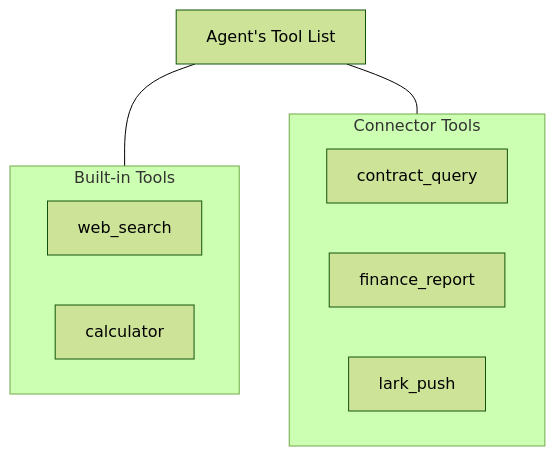
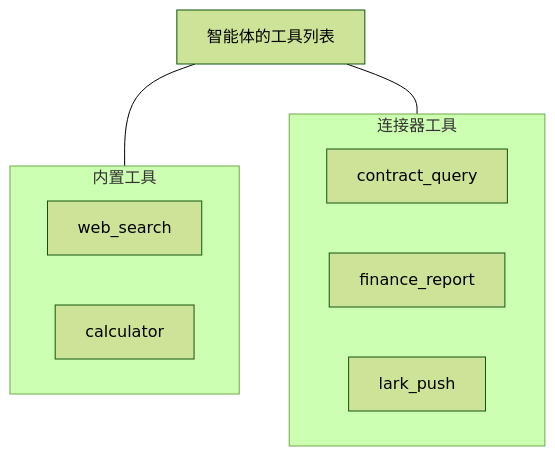
The fourth of 5 diagrams in docs/zh/architecture/connector-architecture.mdx (lucky20160622/fim-one), drawn with Mermaid (forest theme) before and after one commit. The commit also changed other lines of this file and 141 other files, not shown here.

````diff
--- a/docs/zh/architecture/connector-architecture.mdx
+++ b/docs/zh/architecture/connector-architecture.mdx
@@ -128,18 +144,18 @@
 ```mermaid
 flowchart TB
-    Agent["Agent's Tool List"]
+    Agent["智能体的工具列表"]
 
-    subgraph BuiltIn["Built-in Tools"]
+    subgraph BuiltIn["内置工具"]
         T1["web_search"]
         T2["calculator"]
     end
 
-    subgraph Connector["Connector Tools"]
+    subgraph Connector["连接器工具"]
         T3["contract_query"]
         T4["finance_report"]
         T5["lark_push"]
     end
 
     Agent --- BuiltIn
     Agent --- Connector
 ```
````
